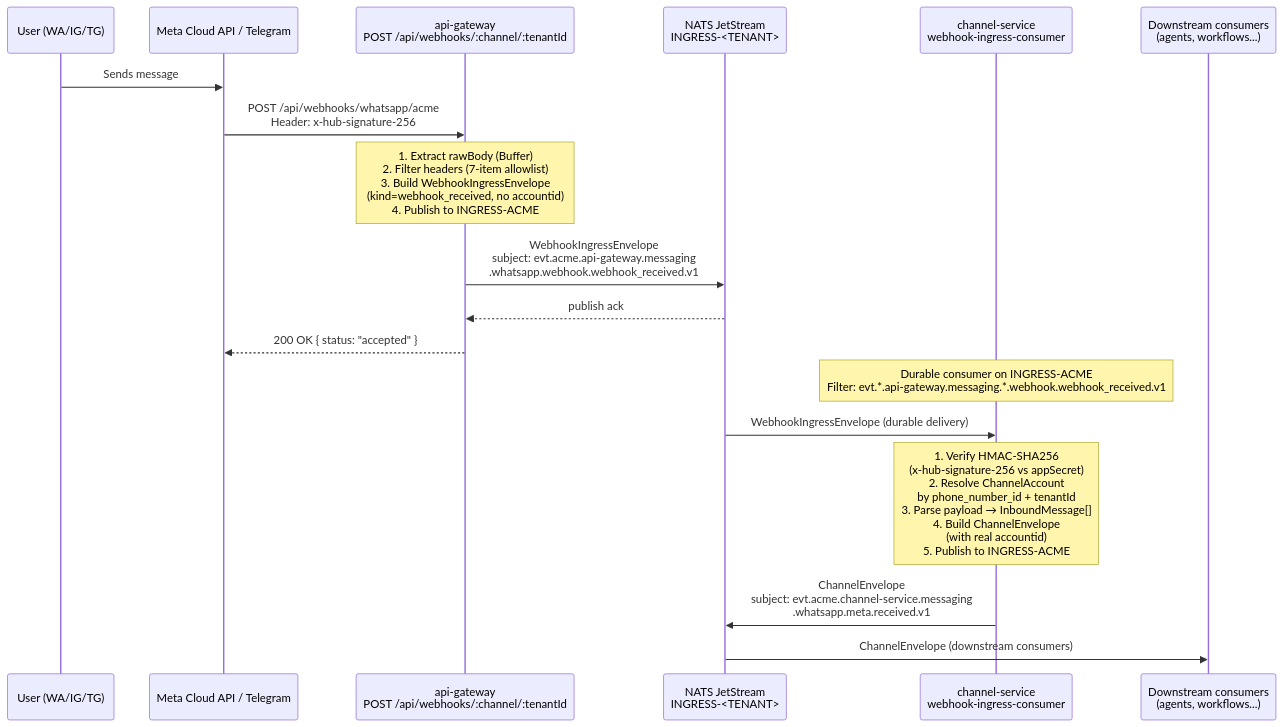
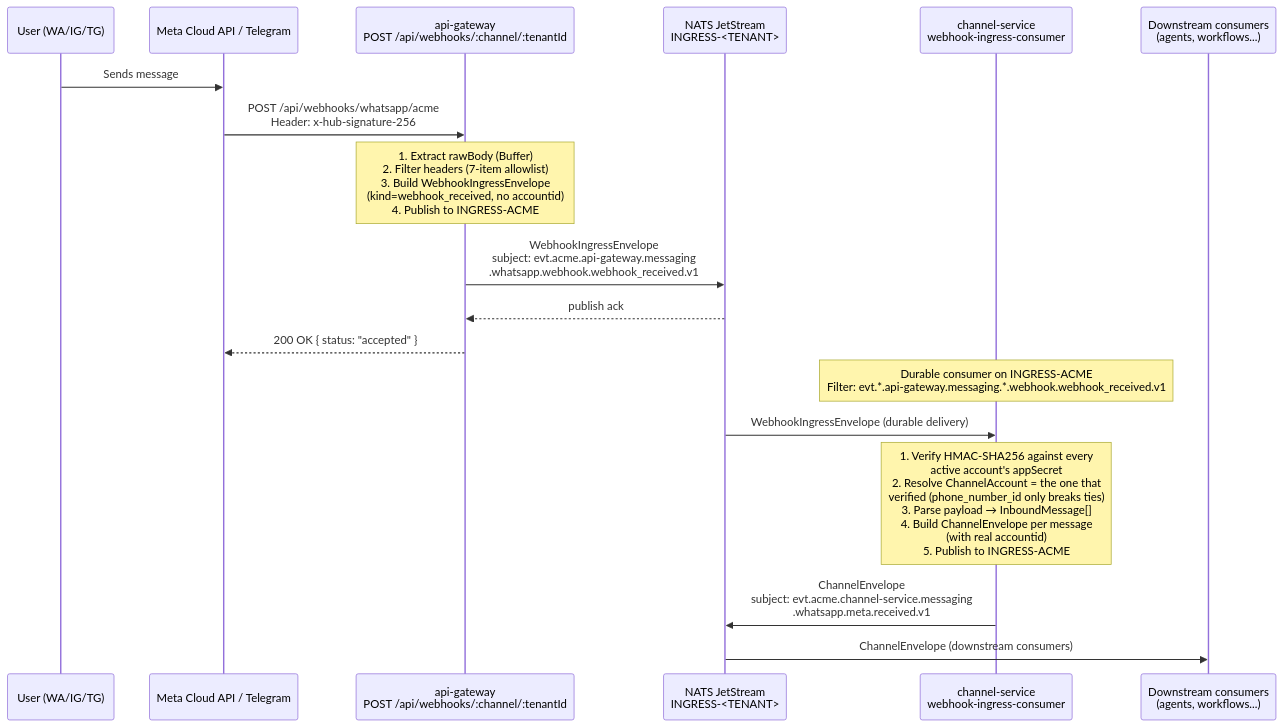
One commit to ccarnero/colloqui changed the first of 4 diagrams in DOCS/channels/channel-service.md. Above: the diagram before and after it, drawn with Mermaid. The commit also changed other lines of this file and 26 other files, not shown here.

````diff
--- a/DOCS/channels/channel-service.md
+++ b/DOCS/channels/channel-service.md
@@ -93,28 +101,28 @@
 ```mermaid
 sequenceDiagram
     participant WA as User (WA/IG/TG)
     participant Meta as Meta Cloud API / Telegram
     participant GW as api-gateway<br/>POST /api/webhooks/:channel/:tenantId
     participant JS as NATS JetStream<br/>INGRESS-<TENANT>
     participant CS as channel-service<br/>webhook-ingress-consumer
     participant Down as Downstream consumers<br/>(agents, workflows...)
 
     WA->>Meta: Sends message
     Meta->>GW: POST /api/webhooks/whatsapp/acme<br/>Header: x-hub-signature-256
 
     Note over GW: 1. Extract rawBody (Buffer)<br/>2. Filter headers (7-item allowlist)<br/>3. Build WebhookIngressEnvelope<br/>   (kind=webhook_received, no accountid)<br/>4. Publish to INGRESS-ACME
 
     GW->>JS: WebhookIngressEnvelope<br/>subject: evt.acme.api-gateway.messaging<br/>.whatsapp.webhook.webhook_received.v1
     JS-->>GW: publish ack
     GW-->>Meta: 200 OK { status: "accepted" }
 
     Note over CS: Durable consumer on INGRESS-ACME<br/>Filter: evt.*.api-gateway.messaging.*.webhook.webhook_received.v1
 
     JS->>CS: WebhookIngressEnvelope (durable delivery)
 
-    Note over CS: 1. Verify HMAC-SHA256<br/>   (x-hub-signature-256 vs appSecret)<br/>2. Resolve ChannelAccount<br/>   by phone_number_id + tenantId<br/>3. Parse payload → InboundMessage[]<br/>4. Build ChannelEnvelope<br/>   (with real accountid)<br/>5. Publish to INGRESS-ACME
+    Note over CS: 1. Verify HMAC-SHA256 against every<br/>   active account's appSecret<br/>2. Resolve ChannelAccount = the one that<br/>   verified (phone_number_id only breaks ties)<br/>3. Parse payload → InboundMessage[]<br/>4. Build ChannelEnvelope per message<br/>   (with real accountid)<br/>5. Publish to INGRESS-ACME
 
     CS->>JS: ChannelEnvelope<br/>subject: evt.acme.channel-service.messaging<br/>.whatsapp.meta.received.v1
 
     JS->>Down: ChannelEnvelope (downstream consumers)
 ```
````
